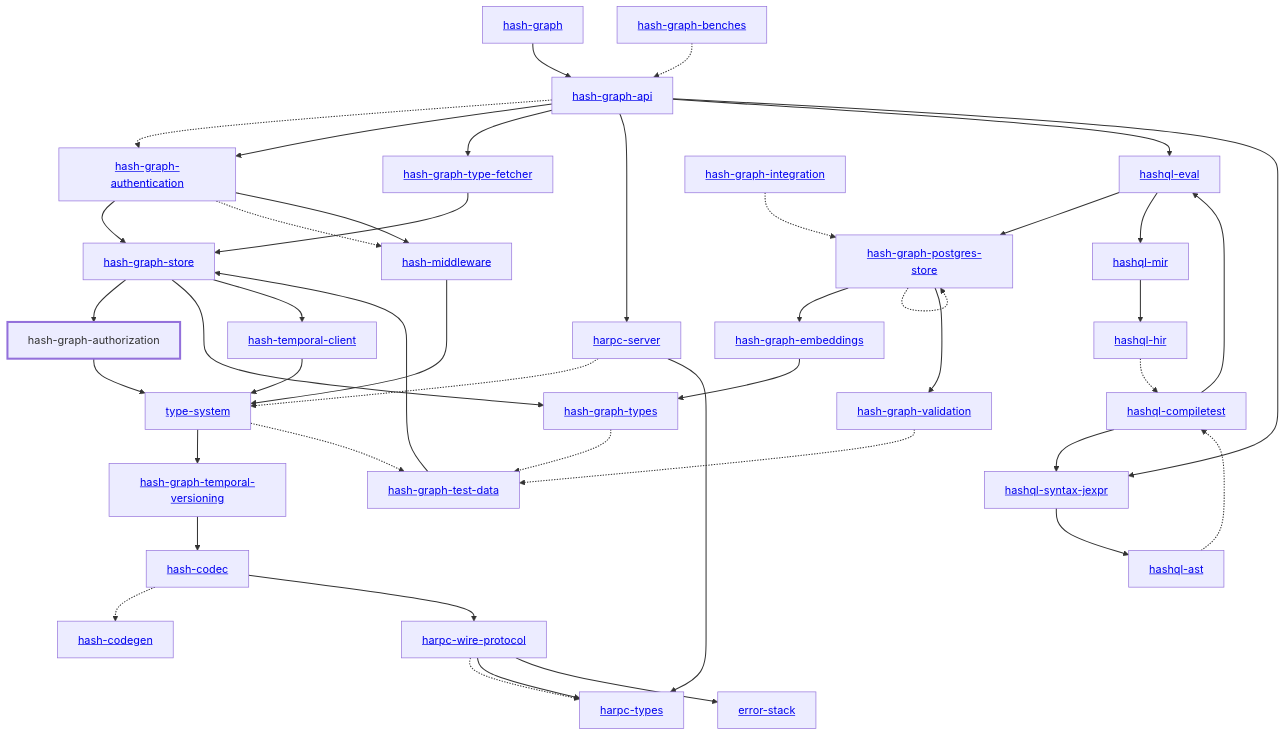
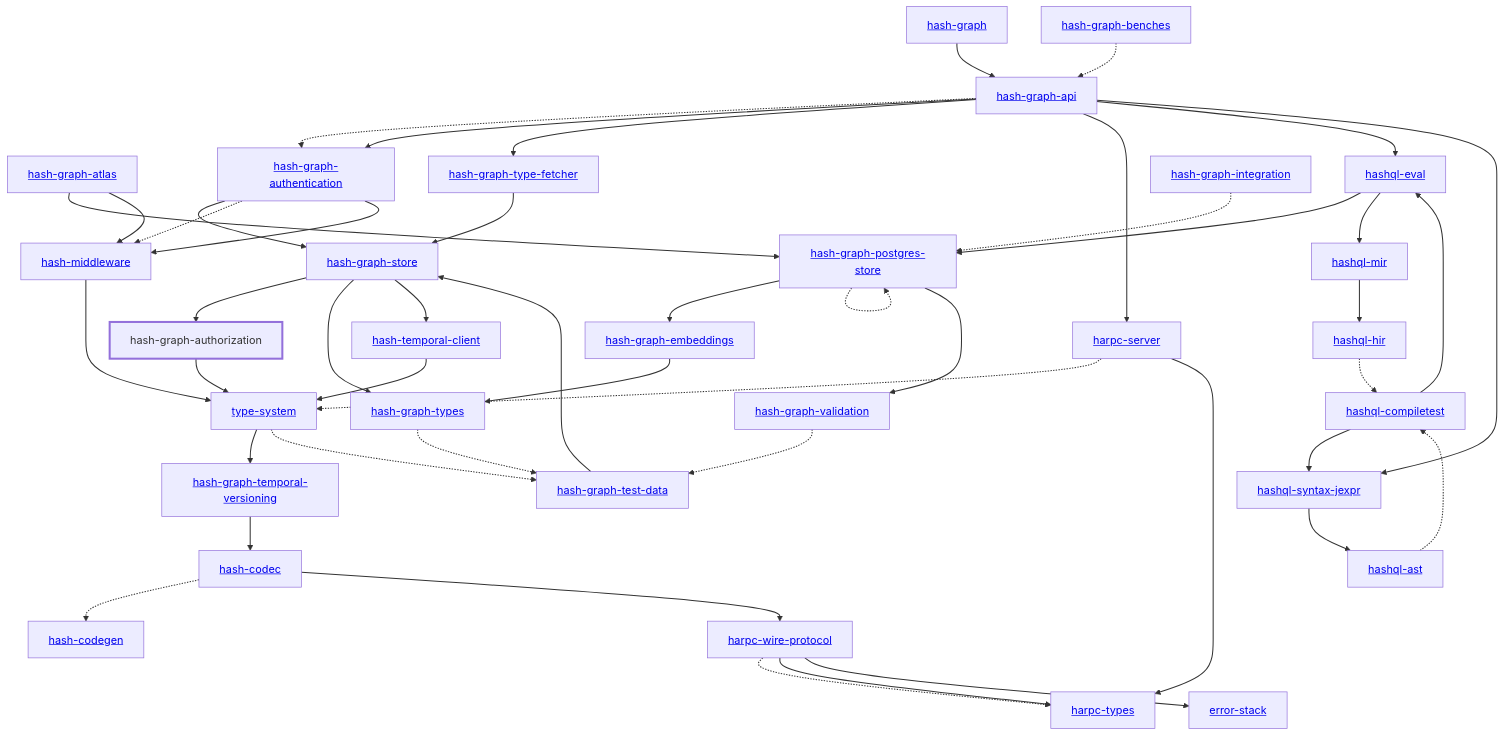
The diagram in libs/@local/graph/authorization/rust/docs/dependency-diagram.mmd (hashintel/hash), drawn with Mermaid before and after one commit. The commit also changed 647 other files, not shown here.

Commit message:
BE-782: Fit 2D semantic maps over graph entities and serve them as tiles (#9305)

```diff
--- a/libs/@local/graph/authorization/rust/docs/dependency-diagram.mmd
+++ b/libs/@local/graph/authorization/rust/docs/dependency-diagram.mmd
@@ -1,84 +1,87 @@
 graph TD
     linkStyle default stroke-width:1.5px
     classDef default stroke-width:1px
     classDef root stroke-width:3px
     classDef dev stroke-width:1px
     classDef build stroke-width:1px
     %% Legend
     %% --> : Normal dependency
     %% -.-> : Dev dependency
     %% ---> : Build dependency
     0[<a href="../hash_graph/index.html">hash-graph</a>]
     1[<a href="../type_system/index.html">type-system</a>]
     2[<a href="../hash_codec/index.html">hash-codec</a>]
     3[<a href="../hash_codegen/index.html">hash-codegen</a>]
     4[<a href="../hash_graph_api/index.html">hash-graph-api</a>]
-    5[<a href="../hash_graph_authentication/index.html">hash-graph-authentication</a>]
-    6[hash-graph-authorization]
-    class 6 root
-    7[<a href="../hash_graph_embeddings/index.html">hash-graph-embeddings</a>]
-    8[<a href="../hash_graph_postgres_store/index.html">hash-graph-postgres-store</a>]
-    9[<a href="../hash_graph_store/index.html">hash-graph-store</a>]
-    10[<a href="../hash_graph_temporal_versioning/index.html">hash-graph-temporal-versioning</a>]
-    11[<a href="../hash_graph_type_fetcher/index.html">hash-graph-type-fetcher</a>]
-    12[<a href="../hash_graph_types/index.html">hash-graph-types</a>]
-    13[<a href="../hash_graph_validation/index.html">hash-graph-validation</a>]
-    14[<a href="../harpc_server/index.html">harpc-server</a>]
-    15[<a href="../harpc_types/index.html">harpc-types</a>]
-    16[<a href="../harpc_wire_protocol/index.html">harpc-wire-protocol</a>]
-    17[<a href="../hashql_ast/index.html">hashql-ast</a>]
-    18[<a href="../hashql_compiletest/index.html">hashql-compiletest</a>]
-    19[<a href="../hashql_eval/index.html">hashql-eval</a>]
-    20[<a href="../hashql_hir/index.html">hashql-hir</a>]
-    21[<a href="../hashql_mir/index.html">hashql-mir</a>]
-    22[<a href="../hashql_syntax_jexpr/index.html">hashql-syntax-jexpr</a>]
-    23[<a href="../hash_middleware/index.html">hash-middleware</a>]
-    24[<a href="../hash_temporal_client/index.html">hash-temporal-client</a>]
-    25[<a href="../error_stack/index.html">error-stack</a>]
-    26[<a href="../hash_graph_benches/index.html">hash-graph-benches</a>]
-    27[<a href="../hash_graph_integration/index.html">hash-graph-integration</a>]
-    28[<a href="../hash_graph_test_data/index.html">hash-graph-test-data</a>]
+    5[<a href="../hash_graph_atlas/index.html">hash-graph-atlas</a>]
+    6[<a href="../hash_graph_authentication/index.html">hash-graph-authentication</a>]
+    7[hash-graph-authorization]
+    class 7 root
+    8[<a href="../hash_graph_embeddings/index.html">hash-graph-embeddings</a>]
+    9[<a href="../hash_graph_postgres_store/index.html">hash-graph-postgres-store</a>]
+    10[<a href="../hash_graph_store/index.html">hash-graph-store</a>]
+    11[<a href="../hash_graph_temporal_versioning/index.html">hash-graph-temporal-versioning</a>]
+    12[<a href="../hash_graph_type_fetcher/index.html">hash-graph-type-fetcher</a>]
+    13[<a href="../hash_graph_types/index.html">hash-graph-types</a>]
+    14[<a href="../hash_graph_validation/index.html">hash-graph-validation</a>]
+    15[<a href="../harpc_server/index.html">harpc-server</a>]
+    16[<a href="../harpc_types/index.html">harpc-types</a>]
+    17[<a href="../harpc_wire_protocol/index.html">harpc-wire-protocol</a>]
+    18[<a href="../hashql_ast/index.html">hashql-ast</a>]
+    19[<a href="../hashql_compiletest/index.html">hashql-compiletest</a>]
+    20[<a href="../hashql_eval/index.html">hashql-eval</a>]
+    21[<a href="../hashql_hir/index.html">hashql-hir</a>]
+    22[<a href="../hashql_mir/index.html">hashql-mir</a>]
+    23[<a href="../hashql_syntax_jexpr/index.html">hashql-syntax-jexpr</a>]
+    24[<a href="../hash_middleware/index.html">hash-middleware</a>]
+    25[<a href="../hash_temporal_client/index.html">hash-temporal-client</a>]
+    26[<a href="../error_stack/index.html">error-stack</a>]
+    27[<a href="../hash_graph_benches/index.html">hash-graph-benches</a>]
+    28[<a href="../hash_graph_integration/index.html">hash-graph-integration</a>]
+    29[<a href="../hash_graph_test_data/index.html">hash-graph-test-data</a>]
     0 --> 4
-    1 --> 10
-    1 -.-> 28
+    1 --> 11
+    1 -.-> 29
     2 -.-> 3
-    2 --> 16
-    4 -.-> 5
-    4 --> 5
-    4 --> 11
-    4 --> 14
-    4 --> 19
-    4 --> 22
+    2 --> 17
+    4 -.-> 6
+    4 --> 6
+    4 --> 12
+    4 --> 15
+    4 --> 20
+    4 --> 23
     5 --> 9
-    5 -.-> 23
-    5 --> 23
-    6 --> 1
-    7 --> 12
-    8 --> 7
-    8 -.-> 8
+    5 --> 24
+    6 --> 10
+    6 -.-> 24
+    6 --> 24
+    7 --> 1
     8 --> 13
-    9 --> 6
-    9 --> 12
-    9 --> 24
-    10 --> 2
-    11 --> 9
-    12 -.-> 28
-    13 -.-> 28
-    14 -.-> 1
-    14 --> 15
-    16 -.-> 15
-    16 --> 15
-    16 --> 25
-    17 -.-> 18
-    18 --> 19
-    18 --> 22
-    19 --> 8
-    19 --> 21
-    20 -.-> 18
-    21 --> 20
-    22 --> 17
-    23 --> 1
+    9 --> 8
+    9 -.-> 9
+    9 --> 14
+    10 --> 7
+    10 --> 13
+    10 --> 25
+    11 --> 2
+    12 --> 10
+    13 -.-> 29
+    14 -.-> 29
+    15 -.-> 1
+    15 --> 16
+    17 -.-> 16
+    17 --> 16
+    17 --> 26
+    18 -.-> 19
+    19 --> 20
+    19 --> 23
+    20 --> 9
+    20 --> 22
+    21 -.-> 19
+    22 --> 21
+    23 --> 18
     24 --> 1
-    26 -.-> 4
-    27 -.-> 8
-    28 --> 9
+    25 --> 1
+    27 -.-> 4
+    28 -.-> 9
+    29 --> 10
```
